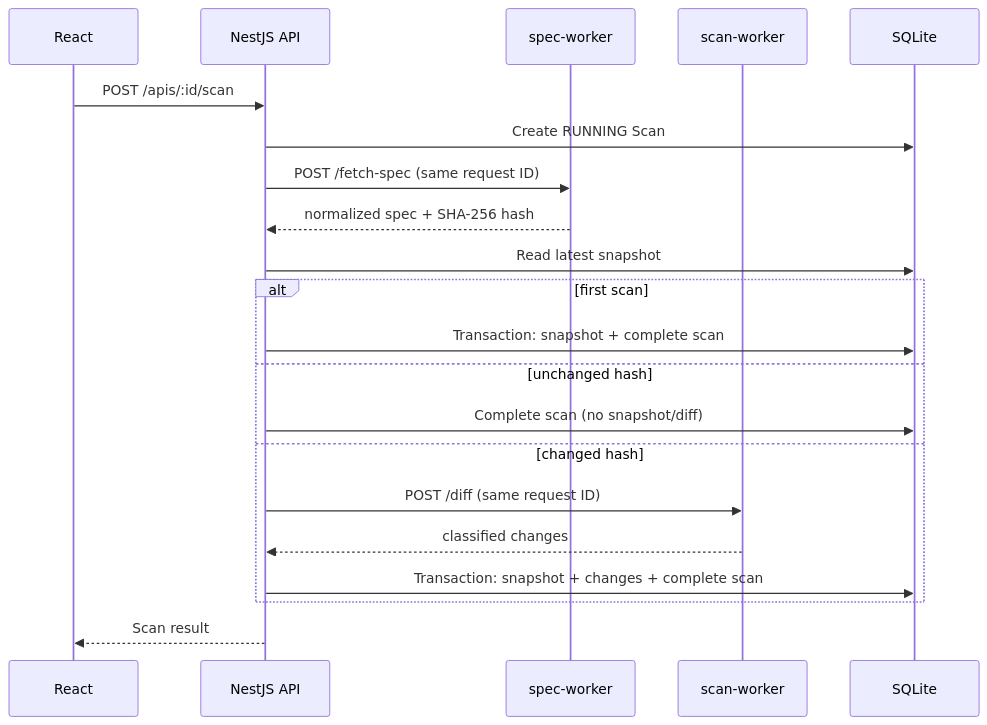
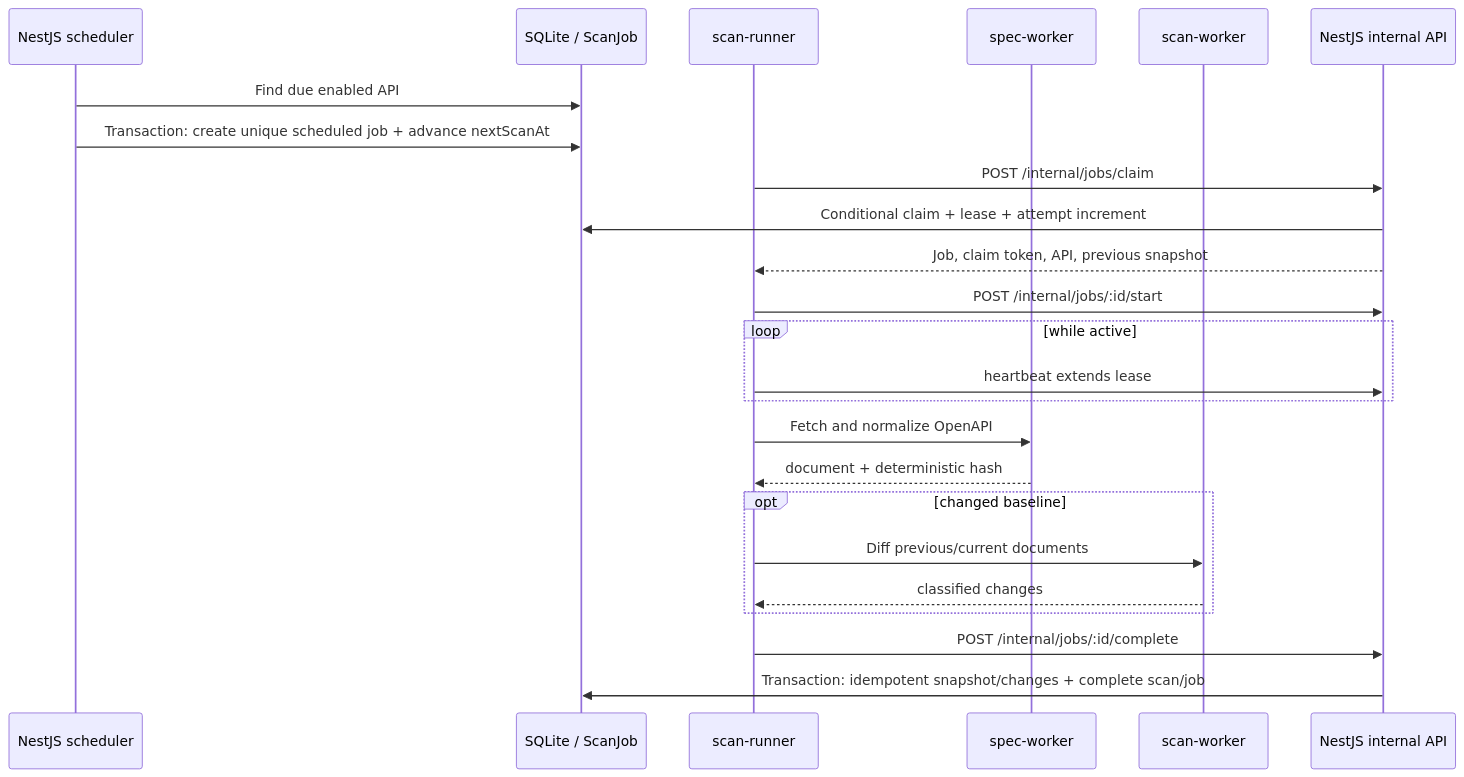
The second of 3 diagrams in docs/architecture.md (zrira/contrava), drawn with Mermaid before and after one commit. The commit also changed other lines of this file and 2 other files, not shown here.

Commit message:
docs: document scheduled scan architecture

````diff
--- a/docs/architecture.md
+++ b/docs/architecture.md
@@ -21,23 +24,26 @@
 ```mermaid
 sequenceDiagram
-  participant W as React
-  participant A as NestJS API
+  participant S as NestJS scheduler
+  participant DB as SQLite / ScanJob
+  participant R as scan-runner
   participant F as spec-worker
   participant D as scan-worker
-  participant DB as SQLite
-  W->>A: POST /apis/:id/scan
-  A->>DB: Create RUNNING Scan
-  A->>F: POST /fetch-spec (same request ID)
-  F-->>A: normalized spec + SHA-256 hash
-  A->>DB: Read latest snapshot
-  alt first scan
-    A->>DB: Transaction: snapshot + complete scan
-  else unchanged hash
-    A->>DB: Complete scan (no snapshot/diff)
-  else changed hash
-    A->>D: POST /diff (same request ID)
-    D-->>A: classified changes
-    A->>DB: Transaction: snapshot + changes + complete scan
+  participant A as NestJS internal API
+  S->>DB: Find due enabled API
+  S->>DB: Transaction: create unique scheduled job + advance nextScanAt
+  R->>A: POST /internal/jobs/claim
+  A->>DB: Conditional claim + lease + attempt increment
+  A-->>R: Job, claim token, API, previous snapshot
+  R->>A: POST /internal/jobs/:id/start
+  loop while active
+    R->>A: heartbeat extends lease
   end
-  A-->>W: Scan result
+  R->>F: Fetch and normalize OpenAPI
+  F-->>R: document + deterministic hash
+  opt changed baseline
+    R->>D: Diff previous/current documents
+    D-->>R: classified changes
+  end
+  R->>A: POST /internal/jobs/:id/complete
+  A->>DB: Transaction: idempotent snapshot/changes + complete scan/job
 ```
````
